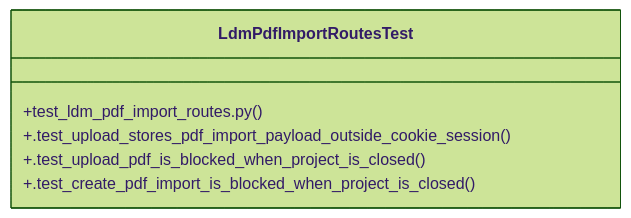
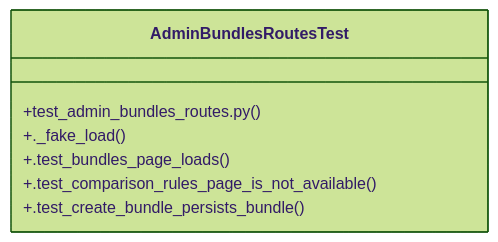
One commit to Daftrick/ProjectTracker changed the diagram in graphify-out/wiki/Community_35.md. Above: the diagram before and after it, drawn with Mermaid (forest theme). The commit also changed other lines of this file and 495 other files, not shown here.

````diff
--- a/graphify-out/wiki/Community_35.md
+++ b/graphify-out/wiki/Community_35.md
@@ -16,9 +18,10 @@
 ```mermaid
 classDiagram
-    class LdmPdfImportRoutesTest {
-        +test_ldm_pdf_import_routes.py()
-        +.test_upload_stores_pdf_import_payload_outside_cookie_session()
-        +.test_upload_pdf_is_blocked_when_project_is_closed()
-        +.test_create_pdf_import_is_blocked_when_project_is_closed()
+    class AdminBundlesRoutesTest {
+        +test_admin_bundles_routes.py()
+        +._fake_load()
+        +.test_bundles_page_loads()
+        +.test_comparison_rules_page_is_not_available()
+        +.test_create_bundle_persists_bundle()
     }
 ```
````
